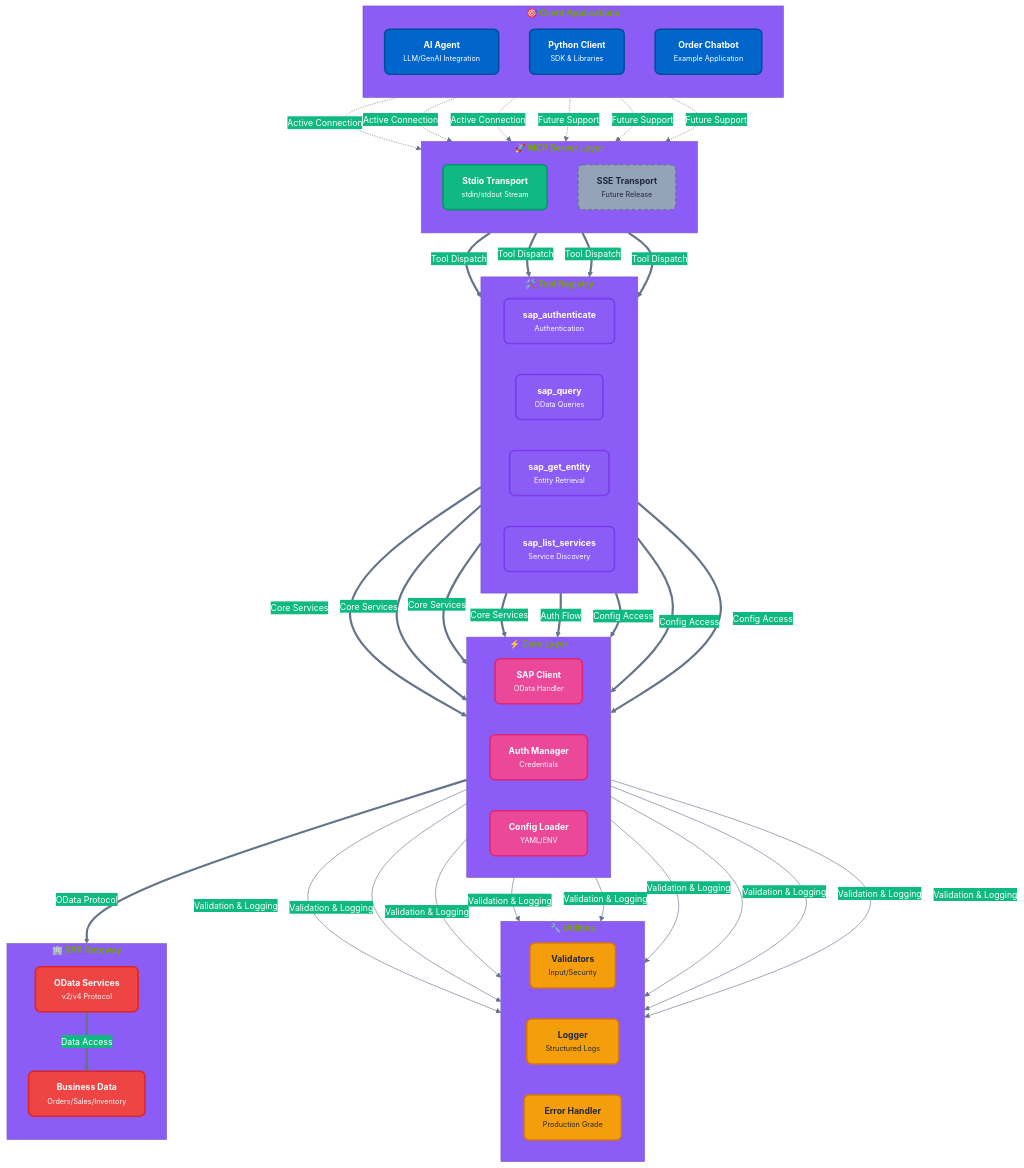
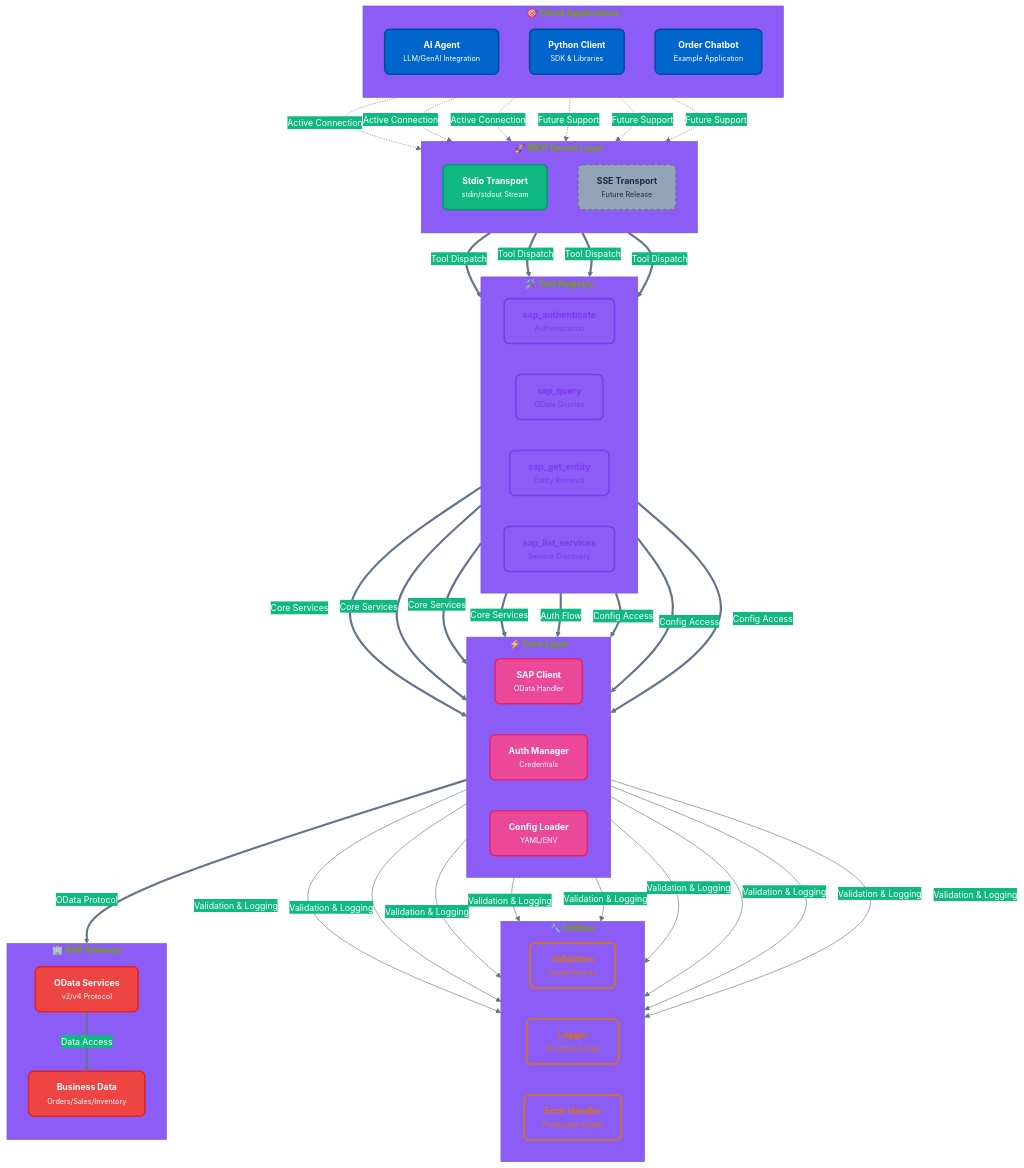
One commit to midasol/sap-mcp-server changed the first of 5 diagrams in README.md. Above: the diagram before and after it, drawn with Mermaid. The commit also changed other lines of this file, not shown here.

````diff
--- a/README.md
+++ b/README.md
@@ -38,62 +38,62 @@
 ```mermaid
 %%{init: {'theme':'base', 'themeVariables': { 'primaryColor':'#0066CC','primaryTextColor':'#FFFFFF','primaryBorderColor':'#004C99','lineColor':'#64748B','secondaryColor':'#10B981','tertiaryColor':'#8B5CF6','fontSize':'14px','fontFamily':'system-ui, -apple-system, sans-serif'}}}%%
 graph TB
     subgraph clients["<b>🎯 Client Applications</b>"]
         direction TB
         A1["<b>AI Agent</b><br/><small>LLM/GenAI Integration</small>"]:::clientNode
         A2["<b>Python Client</b><br/><small>SDK & Libraries</small>"]:::clientNode
         A3["<b>Order Chatbot</b><br/><small>Example Application</small>"]:::clientNode
     end
 
     subgraph transport["<b>🚀 MCP Server Layer</b>"]
         direction TB
         B1["<b>Stdio Transport</b><br/><small>stdin/stdout Stream</small>"]:::transportNode
         B2["<b>SSE Transport</b><br/><small>Future Release</small>"]:::futureNode
     end
 
     subgraph registry["<b>🛠️ Tool Registry</b>"]
         direction LR
         C1["<b>sap_authenticate</b><br/><small>Authentication</small>"]:::toolNode
         C2["<b>sap_query</b><br/><small>OData Queries</small>"]:::toolNode
         C3["<b>sap_get_entity</b><br/><small>Entity Retrieval</small>"]:::toolNode
         C4["<b>sap_list_services</b><br/><small>Service Discovery</small>"]:::toolNode
     end
 
     subgraph core["<b>⚡ Core Layer</b>"]
         direction LR
         D1["<b>SAP Client</b><br/><small>OData Handler</small>"]:::coreNode
         D2["<b>Auth Manager</b><br/><small>Credentials</small>"]:::coreNode
         D3["<b>Config Loader</b><br/><small>YAML/ENV</small>"]:::coreNode
     end
 
     subgraph utils["<b>🔧 Utilities</b>"]
         direction LR
         E1["<b>Validators</b><br/><small>Input/Security</small>"]:::utilNode
         E2["<b>Logger</b><br/><small>Structured Logs</small>"]:::utilNode
         E3["<b>Error Handler</b><br/><small>Production Grade</small>"]:::utilNode
     end
 
     subgraph sap["<b>🏢 SAP Gateway</b>"]
         direction TB
         F1["<b>OData Services</b><br/><small>v2/v4 Protocol</small>"]:::sapNode
         F2["<b>Business Data</b><br/><small>Orders/Sales/Inventory</small>"]:::sapNode
     end
 
     A1 & A2 & A3 -.->|"Active Connection"| B1
     A1 & A2 & A3 -.->|"Future Support"| B2
     B1 ==>|"Tool Dispatch"| C1 & C2 & C3 & C4
     C1 & C2 & C3 & C4 ==>|"Core Services"| D1
     C1 ==>|"Auth Flow"| D2
     C2 & C3 & C4 ==>|"Config Access"| D3
     D1 & D2 & D3 -->|"Validation & Logging"| E1 & E2 & E3
     D1 ==>|"OData Protocol"| F1
     F1 ==>|"Data Access"| F2
 
     classDef clientNode fill:#0066CC,stroke:#004C99,stroke-width:2.5px,color:#FFFFFF,rx:8,ry:8
     classDef transportNode fill:#10B981,stroke:#059669,stroke-width:2.5px,color:#FFFFFF,rx:8,ry:8
     classDef futureNode fill:#94A3B8,stroke:#64748B,stroke-width:2px,stroke-dasharray:5 5,color:#1E293B,rx:8,ry:8
-    classDef toolNode fill:#8B5CF6,stroke:#7C3AED,stroke-width:2.5px,color:#FFFFFF,rx:8,ry:8
+    classDef toolNode fill:none,stroke:#7C3AED,stroke-width:2.5px,color:#7C3AED,rx:8,ry:8
     classDef coreNode fill:#EC4899,stroke:#DB2777,stroke-width:2.5px,color:#FFFFFF,rx:8,ry:8
-    classDef utilNode fill:#F59E0B,stroke:#D97706,stroke-width:2.5px,color:#1F2937,rx:8,ry:8
+    classDef utilNode fill:none,stroke:#D97706,stroke-width:2.5px,color:#D97706,rx:8,ry:8
     classDef sapNode fill:#EF4444,stroke:#DC2626,stroke-width:2.5px,color:#FFFFFF,rx:8,ry:8
 ```
````
